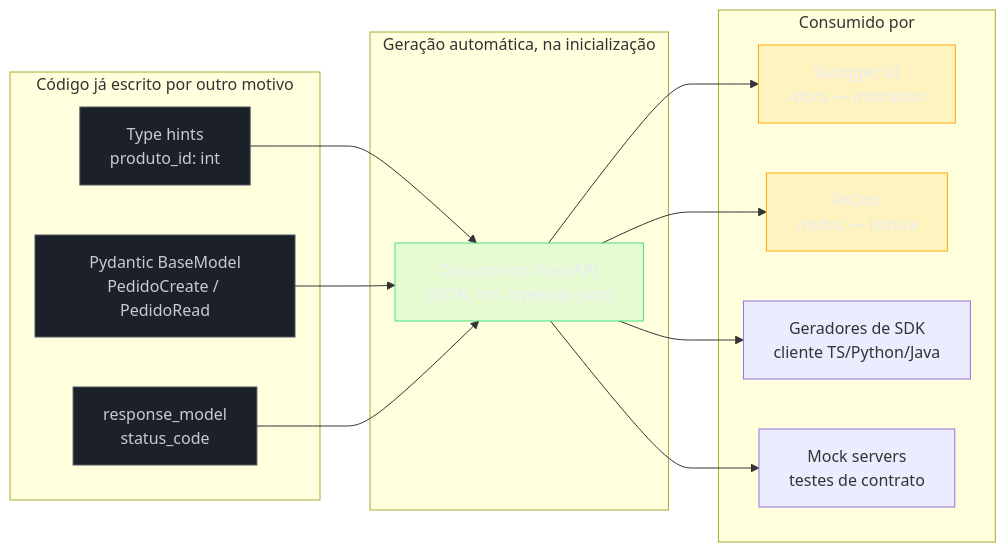
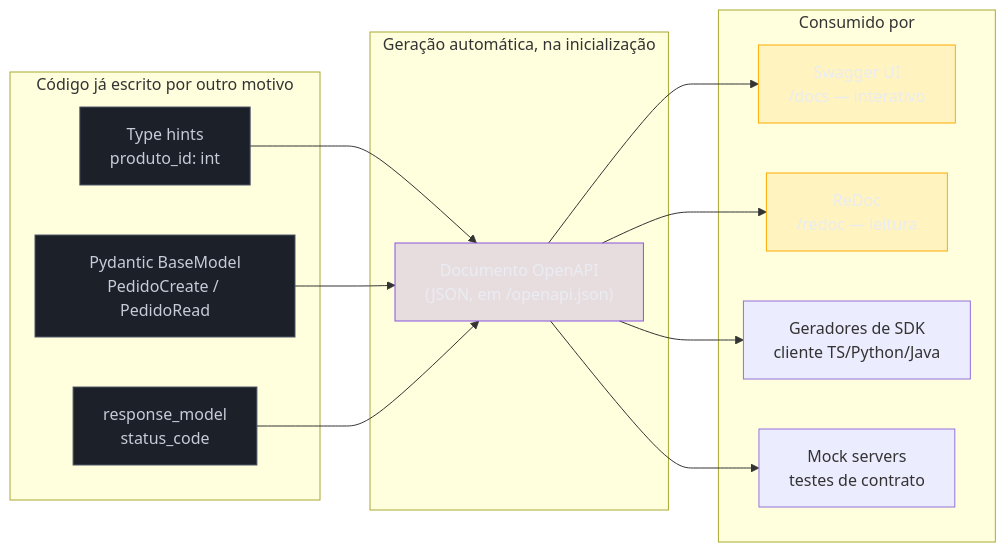
The diagram in 03-Dominios/Tecnologia/Python/Web e APIs REST/08 - Documentação automática com OpenAPI.md (josenaldo/codex-technomanticus), drawn with Mermaid before and after one commit. The commit also changed 601 other files, not shown here.

````diff
--- a/03-Dominios/Tecnologia/Python/Web e APIs REST/08 - Documentação automática com OpenAPI.md
+++ b/03-Dominios/Tecnologia/Python/Web e APIs REST/08 - Documentação automática com OpenAPI.md
@@ -152,37 +152,37 @@
 ```mermaid
 flowchart LR
+    classDef marca fill:#8855DF33,stroke:#8855DF,color:#E9ECF2
     classDef neutro fill:#1B2029,stroke:#4E5666,color:#C6CCD8
-    classDef ok fill:#4ADE8021,stroke:#4ADE80,color:#E9ECF2
     classDef destaque fill:#FFAA0024,stroke:#FFAA00,color:#E9ECF2
     subgraph Codigo["Código já escrito por outro motivo"]
         TH["Type hints\nproduto_id: int"]
         BM["Pydantic BaseModel\nPedidoCreate / PedidoRead"]
         RM["response_model\nstatus_code"]
     end
 
     subgraph Geracao["Geração automática, na inicialização"]
         SPEC["Documento OpenAPI\n(JSON, em /openapi.json)"]
     end
 
     subgraph Consumo["Consumido por"]
         SWAGGER["Swagger UI\n/docs — interativo"]
         REDOC["ReDoc\n/redoc — leitura"]
         SDK["Geradores de SDK\ncliente TS/Python/Java"]
         MOCK["Mock servers\ntestes de contrato"]
     end
 
     TH --> SPEC
     BM --> SPEC
     RM --> SPEC
     SPEC --> SWAGGER
     SPEC --> REDOC
     SPEC --> SDK
     SPEC --> MOCK
 
     class TH neutro
     class BM neutro
     class RM neutro
-    class SPEC ok
+    class SPEC marca
     class SWAGGER destaque
     class REDOC destaque
 ```
````
